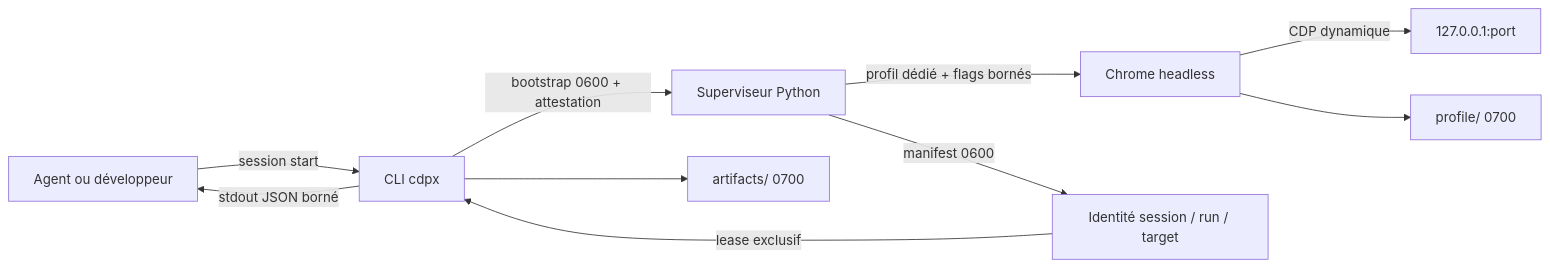
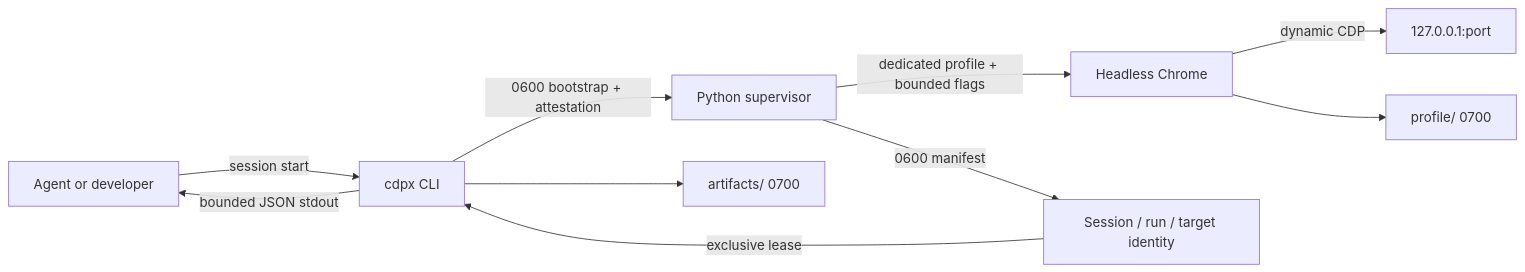
Before and after one commit to iNem0o/cdpx: the first of 4 diagrams in docs/SESSION-LIFECYCLE.md, drawn with Mermaid. The commit also changed other lines of this file and 43 other files, not shown here.

````diff
--- a/docs/SESSION-LIFECYCLE.md
+++ b/docs/SESSION-LIFECYCLE.md
@@ -14,14 +14,14 @@
 ```mermaid
 flowchart LR
-    accTitle: Architecture et surfaces exposées d'une session cdpx
-    accDescr: Le CLI démarre un superviseur privé qui lance Chrome avec un profil jetable et publie uniquement une identité bornée au run.
-    U["Agent ou développeur"] -->|"session start"| C["CLI cdpx"]
-    C -->|"bootstrap 0600 + attestation"| S["Superviseur Python"]
-    S -->|"profil dédié + flags bornés"| B["Chrome headless"]
-    B -->|"CDP dynamique"| L["127.0.0.1:port"]
-    S -->|"manifest 0600"| M["Identité session / run / target"]
-    C -->|"stdout JSON borné"| U
-    M -->|"lease exclusif"| C
+    accTitle: Architecture and exposed surfaces of a cdpx session
+    accDescr: The CLI starts a private supervisor that launches Chrome with a disposable profile and publishes only an identity bounded to the run.
+    U["Agent or developer"] -->|"session start"| C["cdpx CLI"]
+    C -->|"0600 bootstrap + attestation"| S["Python supervisor"]
+    S -->|"dedicated profile + bounded flags"| B["Headless Chrome"]
+    B -->|"dynamic CDP"| L["127.0.0.1:port"]
+    S -->|"0600 manifest"| M["Session / run / target identity"]
+    C -->|"bounded JSON stdout"| U
+    M -->|"exclusive lease"| C
     B --> P["profile/ 0700"]
     C --> A["artifacts/ 0700"]
 ```
````
